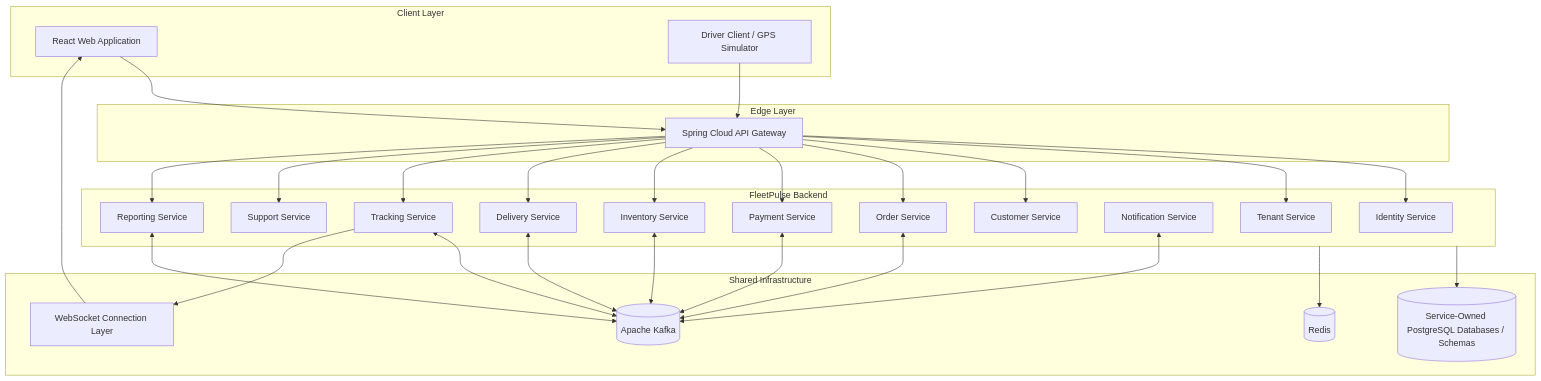
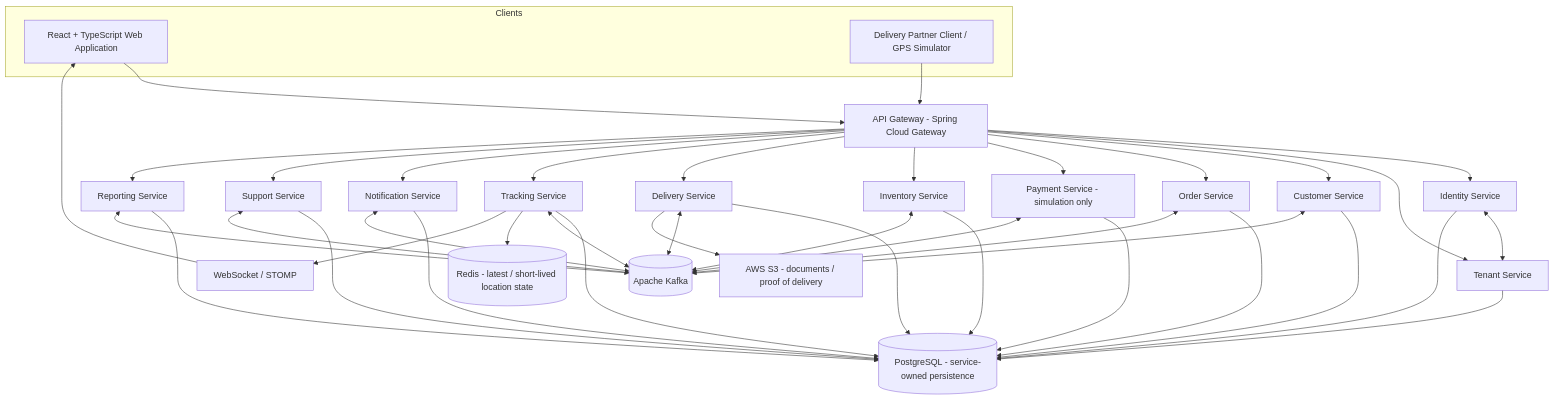
Before and after one commit to surajdavid/FleetPulse: the second of 4 diagrams in docs/02-system-design/architecture-diagrams.md, drawn with Mermaid. The commit also changed other lines of this file and 16 other files, not shown here.

````diff
--- a/docs/02-system-design/architecture-diagrams.md
+++ b/docs/02-system-design/architecture-diagrams.md
@@ -77,60 +30,45 @@
 ```mermaid
 flowchart TB
-    subgraph CLIENTS["Client Layer"]
-        WEB["React Web Application"]
-        DRIVER["Driver Client / GPS Simulator"]
-    end
-
-    subgraph EDGE["Edge Layer"]
-        GW["Spring Cloud API Gateway"]
-    end
-
-    subgraph BACKEND["FleetPulse Backend"]
-        IAM["Identity Service"]
-        TENANT["Tenant Service"]
-        CUSTOMER["Customer Service"]
-        ORDER["Order Service"]
-        PAYMENT["Payment Service"]
-        INVENTORY["Inventory Service"]
-        DELIVERY["Delivery Service"]
-        TRACKING["Tracking Service"]
-        NOTIFY["Notification Service"]
-        SUPPORT["Support Service"]
-        REPORT["Reporting Service"]
-    end
-
-    subgraph INFRA["Shared Infrastructure"]
-        KAFKA[("Apache Kafka")]
-        REDIS[("Redis")]
-        DB[("Service-Owned PostgreSQL Databases / Schemas")]
-        WS["WebSocket Connection Layer"]
-    end
-
-    WEB --> GW
-    DRIVER --> GW
-
-    GW --> IAM
-    GW --> TENANT
-    GW --> CUSTOMER
-    GW --> ORDER
-    GW --> PAYMENT
-    GW --> INVENTORY
-    GW --> DELIVERY
-    GW --> TRACKING
-    GW --> SUPPORT
-    GW --> REPORT
-
-    ORDER <--> KAFKA
-    PAYMENT <--> KAFKA
-    INVENTORY <--> KAFKA
-    DELIVERY <--> KAFKA
-    TRACKING <--> KAFKA
-    NOTIFY <--> KAFKA
-    REPORT <--> KAFKA
-
-    TRACKING --> WS
-    WS --> WEB
-
-    BACKEND --> DB
-    BACKEND --> REDIS
+  subgraph Clients
+    WEB[React + TypeScript Web Application]
+    DRIVER[Delivery Partner Client / GPS Simulator]
+  end
+  WEB --> GW[API Gateway - Spring Cloud Gateway]
+  DRIVER --> GW
+  GW --> ID[Identity Service]
+  GW --> TEN[Tenant Service]
+  GW --> CUS[Customer Service]
+  GW --> ORD[Order Service]
+  GW --> PAY[Payment Service - simulation only]
+  GW --> INV[Inventory Service]
+  GW --> DEL[Delivery Service]
+  GW --> TRK[Tracking Service]
+  GW --> NOT[Notification Service]
+  GW --> SUP[Support Service]
+  GW --> REP[Reporting Service]
+  ID <--> TEN
+  ID --> PG[(PostgreSQL - service-owned persistence)]
+  TEN --> PG
+  CUS --> PG
+  ORD --> PG
+  PAY --> PG
+  INV --> PG
+  DEL --> PG
+  TRK --> PG
+  NOT --> PG
+  SUP --> PG
+  REP --> PG
+  ORD <--> K[(Apache Kafka)]
+  PAY <--> K
+  INV <--> K
+  DEL <--> K
+  TRK <--> K
+  CUS <--> K
+  NOT <--> K
+  SUP <--> K
+  REP <--> K
+  TRK --> REDIS[(Redis - latest / short-lived location state)]
+  TRK --> WS[WebSocket / STOMP]
+  WS --> WEB
+  DEL --> S3[AWS S3 - documents / proof of delivery]
 ```
````
